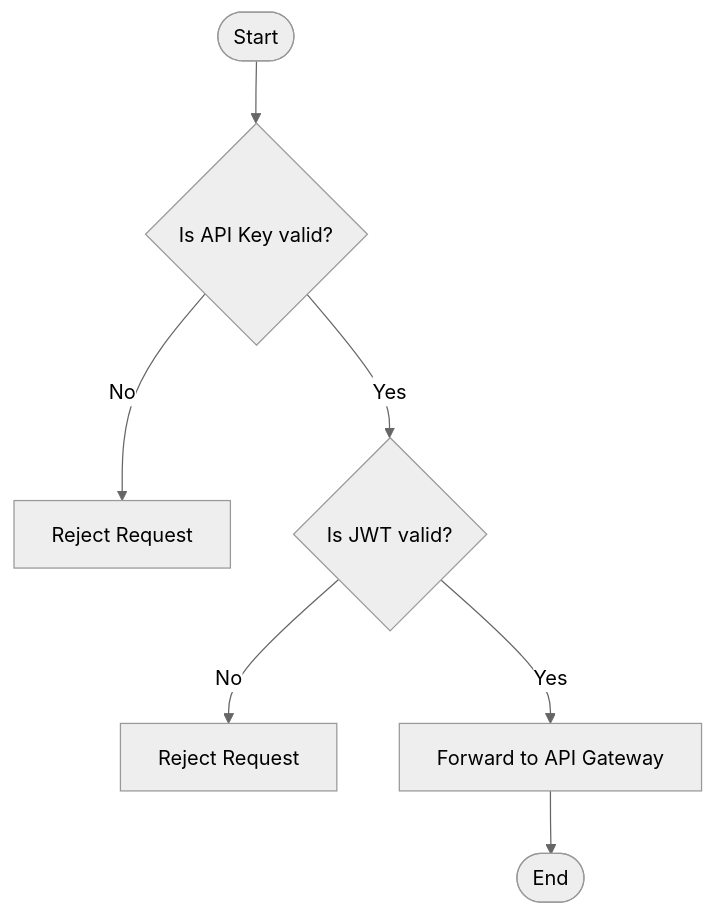
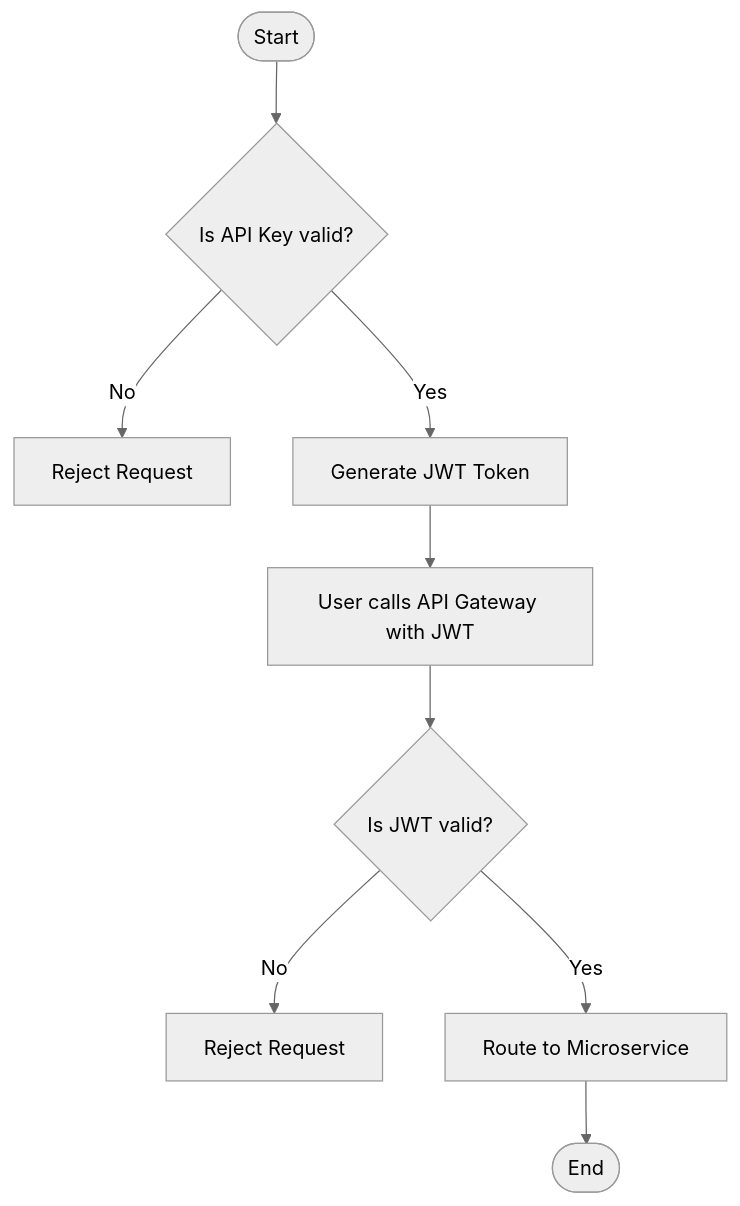
The diagram in README.md (VentixeEventManagement/ApiGateway), drawn with Mermaid (neutral theme) before and after one commit.

````diff
--- a/README.md
+++ b/README.md
@@ -12,9 +12,11 @@
 ```mermaid
 flowchart TD
     Start([Start]) --> CheckAPIKey{Is API Key valid?}
     CheckAPIKey -- No --> Reject1[Reject Request]
-    CheckAPIKey -- Yes --> CheckJWT{Is JWT valid?}
+    CheckAPIKey -- Yes --> GenerateJWT[Generate JWT Token]
+    GenerateJWT --> UseJWT[User calls API Gateway with JWT]
+    UseJWT --> CheckJWT{Is JWT valid?}
     CheckJWT -- No --> Reject2[Reject Request]
-    CheckJWT -- Yes --> Gateway[Forward to API Gateway]
-    Gateway --> End([End])
+    CheckJWT -- Yes --> RouteMicroservice[Route to Microservice]
+    RouteMicroservice --> End([End])
 ```
````
